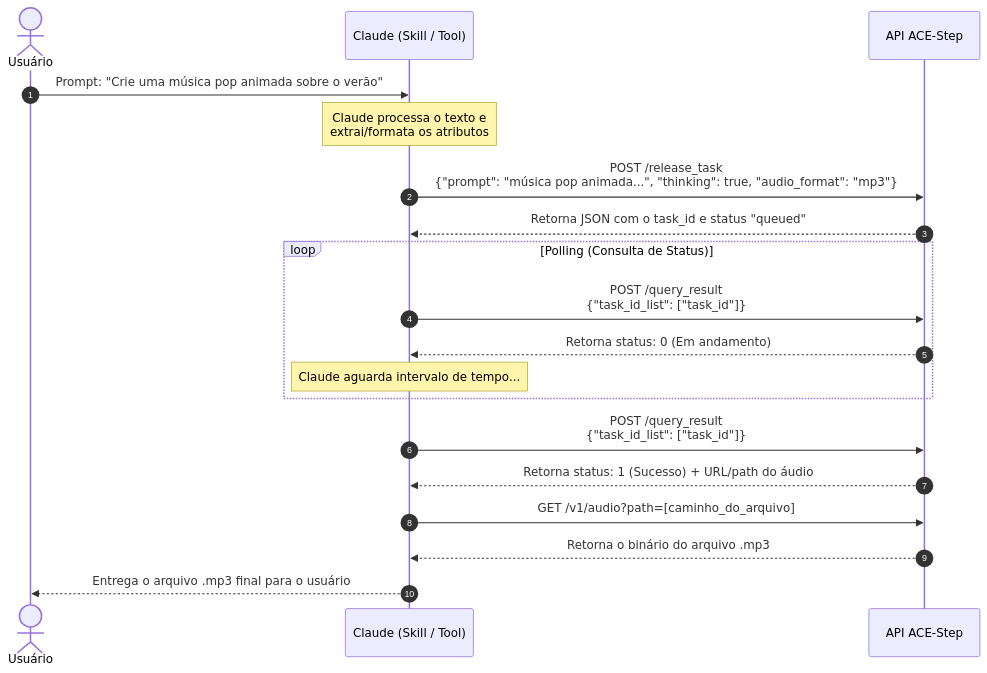
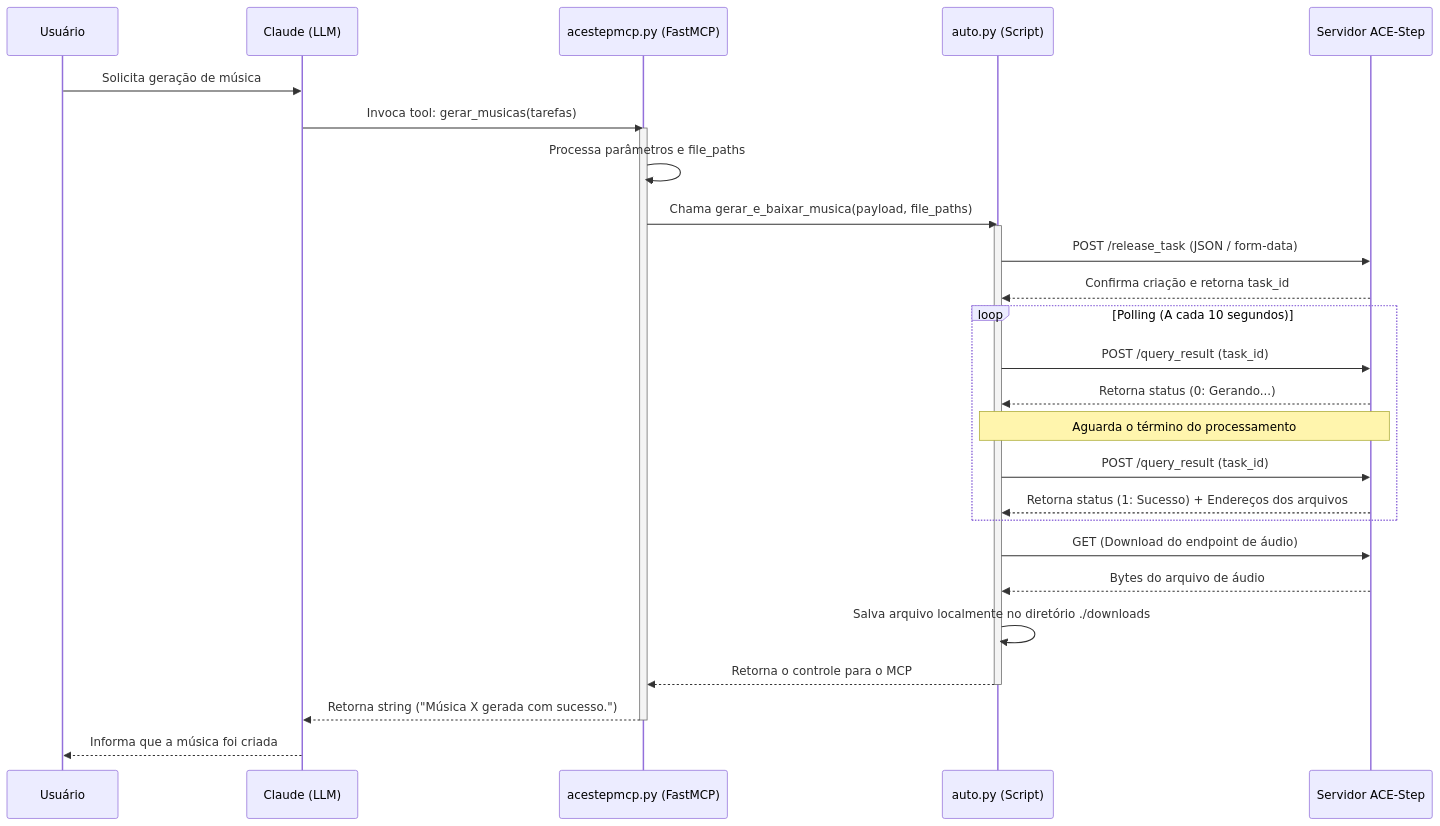
The diagram in graphmd.mmd (EduardoGiannetti/aceScript), drawn with Mermaid before and after one commit. The commit also changed 8 other files, not shown here.

```diff
--- a/graphmd.mmd
+++ b/graphmd.mmd
@@ -1,27 +1,36 @@
 sequenceDiagram
-    autonumber
+    participant U as Usuário
+    participant C as Claude (LLM)
+    participant MCP as acestepmcp.py (FastMCP)
+    participant Auto as auto.py (Script)
+    participant ACE as Servidor ACE-Step
+
+    U->>C: Solicita geração de música
+    C->>MCP: Invoca tool: gerar_musicas(tarefas)
     
-    actor U as Usuário
-    participant C as Claude (Skill / Tool)
-    participant A as API ACE-Step
+    activate MCP
+    MCP->>MCP: Processa parâmetros e file_paths
+    MCP->>Auto: Chama gerar_e_baixar_musica(payload, file_paths)
+    
+    activate Auto
+    Auto->>ACE: POST /release_task (JSON / form-data)
+    ACE-->>Auto: Confirma criação e retorna task_id
+    
+    loop Polling (A cada 10 segundos)
+        Auto->>ACE: POST /query_result (task_id)
+        ACE-->>Auto: Retorna status (0: Gerando...)
+        Note over Auto, ACE: Aguarda o término do processamento
+        Auto->>ACE: POST /query_result (task_id)
+        ACE-->>Auto: Retorna status (1: Sucesso) + Endereços dos arquivos
+    end
 
-    U->>C: Prompt: "Crie uma música pop animada sobre o verão"
+    Auto->>ACE: GET (Download do endpoint de áudio)
+    ACE-->>Auto: Bytes do arquivo de áudio
+    Auto->>Auto: Salva arquivo localmente no diretório ./downloads
+    Auto-->>MCP: Retorna o controle para o MCP
+    deactivate Auto
     
-    Note over C: Claude processa o texto e<br/>extrai/formata os atributos
+    MCP-->>C: Retorna string ("Música X gerada com sucesso.")
+    deactivate MCP
     
-    C->>A: POST /release_task<br/>{"prompt": "música pop animada...", "thinking": true, "audio_format": "mp3"}
-    A-->>C: Retorna JSON com o task_id e status "queued"
-    
-    loop Polling (Consulta de Status)
-        C->>A: POST /query_result<br/>{"task_id_list": ["task_id"]}
-        A-->>C: Retorna status: 0 (Em andamento)
-        Note over C: Claude aguarda intervalo de tempo...
-    end
-    
-    C->>A: POST /query_result<br/>{"task_id_list": ["task_id"]}
-    A-->>C: Retorna status: 1 (Sucesso) + URL/path do áudio
-    
-    C->>A: GET /v1/audio?path=[caminho_do_arquivo]
-    A-->>C: Retorna o binário do arquivo .mp3
-    
-    C-->>U: Entrega o arquivo .mp3 final para o usuário
+    C-->>U: Informa que a música foi criada
```
